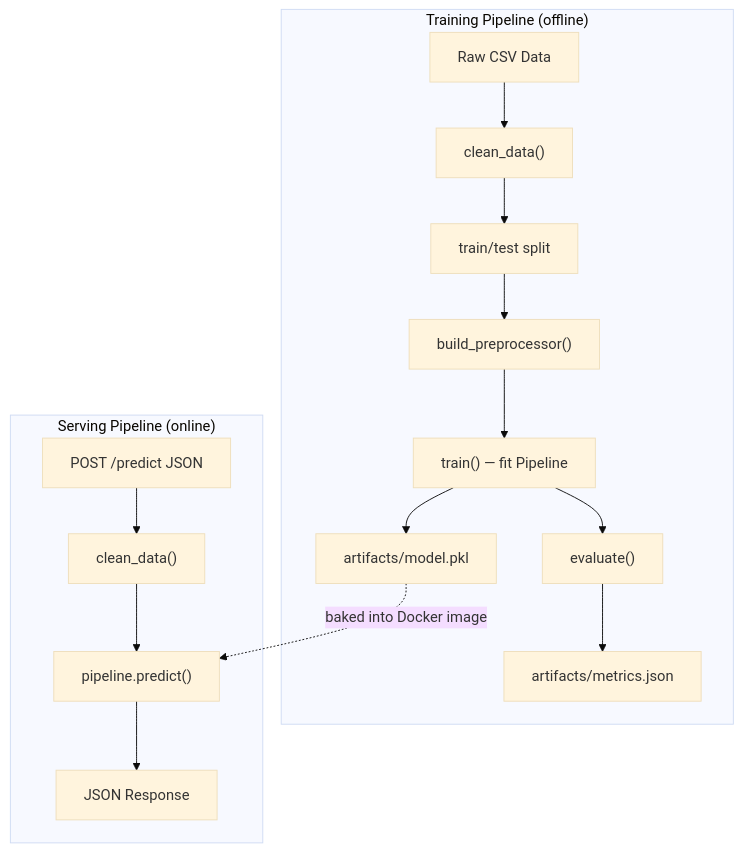
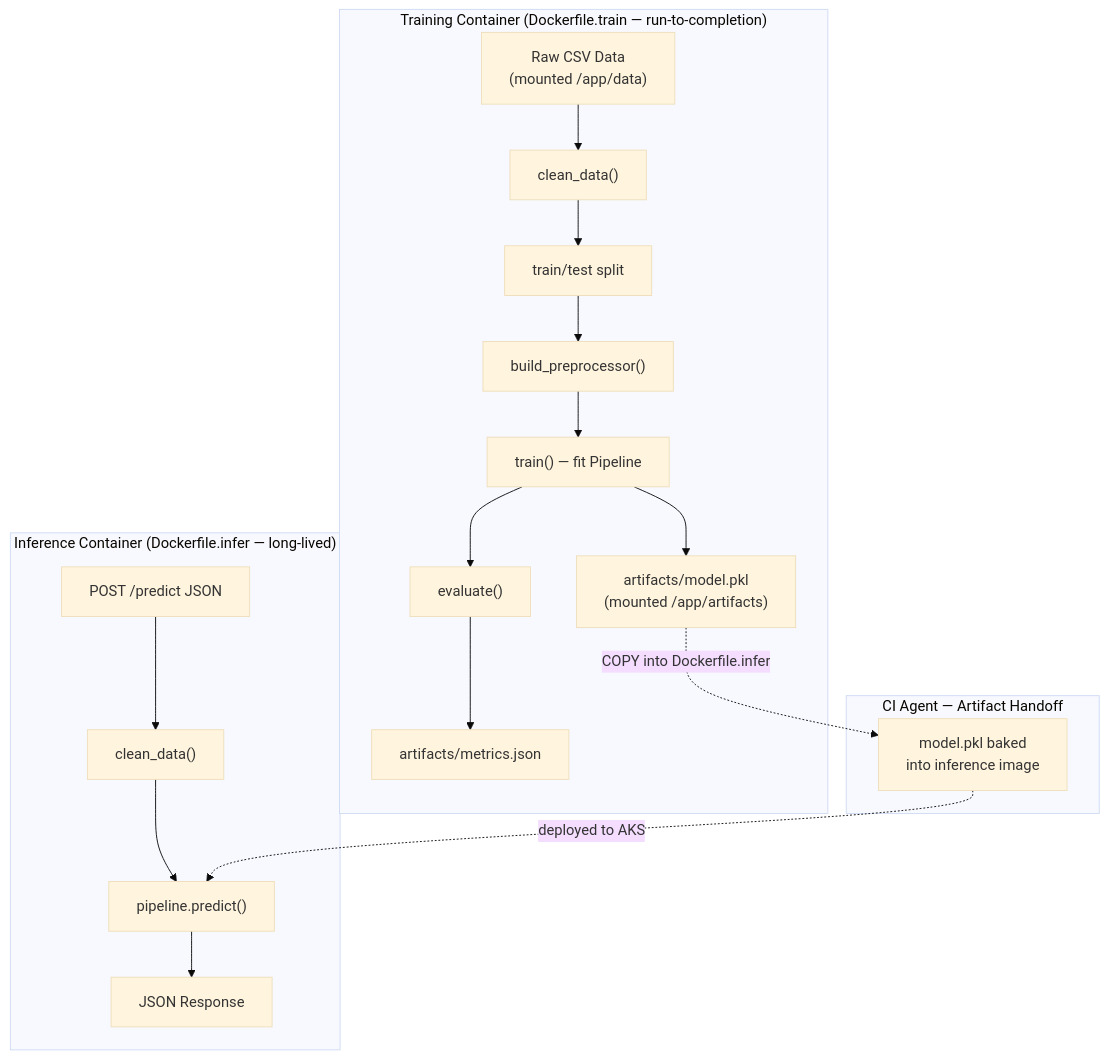
Before and after one commit to Annemarie-Bester/marketing-model-mlops-azure: the seventh of 8 diagrams in docs/architecture.md, drawn with Mermaid (base theme). The commit also changed other lines of this file and 16 other files, not shown here.

Commit message:
single container AKS deployment

````diff
--- a/docs/architecture.md
+++ b/docs/architecture.md
@@ -386,20 +522,24 @@
 ```mermaid
 flowchart TD
-    subgraph Training["Training Pipeline (offline)"]
-        RAW["Raw CSV Data"] --> CLEAN["clean_data()"]
+    subgraph Training["Training Container (Dockerfile.train — run-to-completion)"]
+        RAW["Raw CSV Data<br/>(mounted /app/data)"] --> CLEAN["clean_data()"]
         CLEAN --> SPLIT["train/test split"]
         SPLIT --> PREPROC["build_preprocessor()"]
         PREPROC --> TRAIN["train() — fit Pipeline"]
-        TRAIN --> ARTIFACT["artifacts/model.pkl"]
+        TRAIN --> ARTIFACT["artifacts/model.pkl<br/>(mounted /app/artifacts)"]
         TRAIN --> EVAL["evaluate()"]
         EVAL --> METRICS["artifacts/metrics.json"]
     end
 
-    subgraph Serving["Serving Pipeline (online)"]
+    subgraph CI["CI Agent — Artifact Handoff"]
+        ARTIFACT -.->|"COPY into Dockerfile.infer"| BAKE["model.pkl baked<br/>into inference image"]
+    end
+
+    subgraph Serving["Inference Container (Dockerfile.infer — long-lived)"]
         REQ["POST /predict JSON"] --> CLEAN2["clean_data()"]
         CLEAN2 --> PREDICT["pipeline.predict()"]
         PREDICT --> RESP["JSON Response"]
     end
 
-    ARTIFACT -.->|"baked into Docker image"| PREDICT
+    BAKE -.->|"deployed to AKS"| PREDICT
 ```
````
